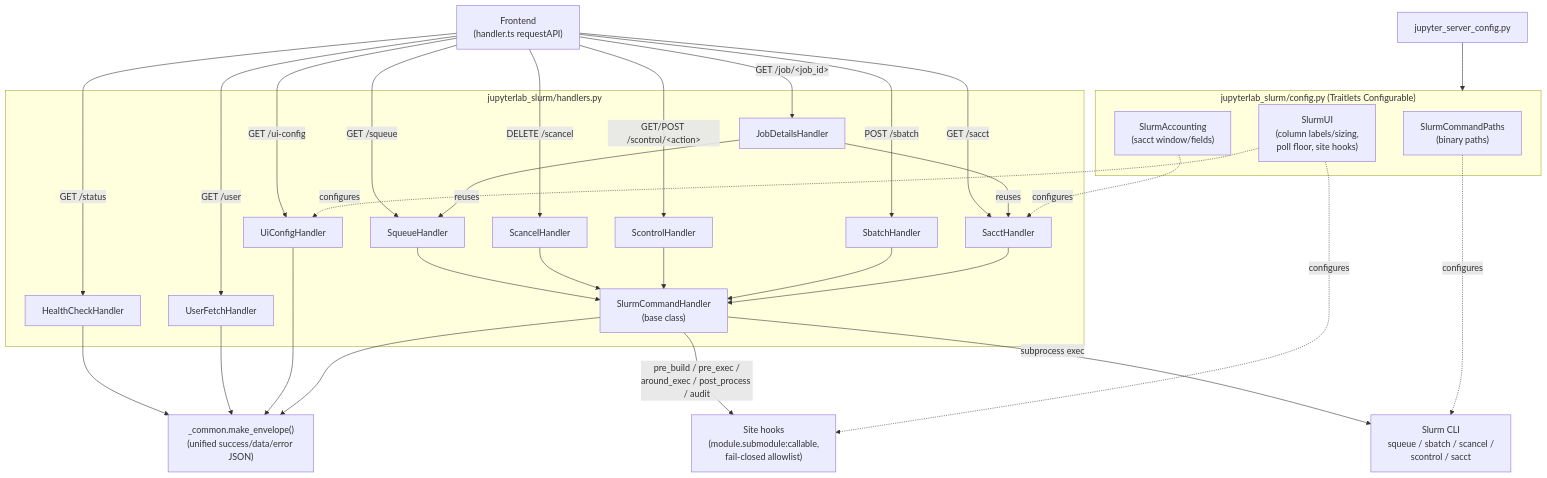
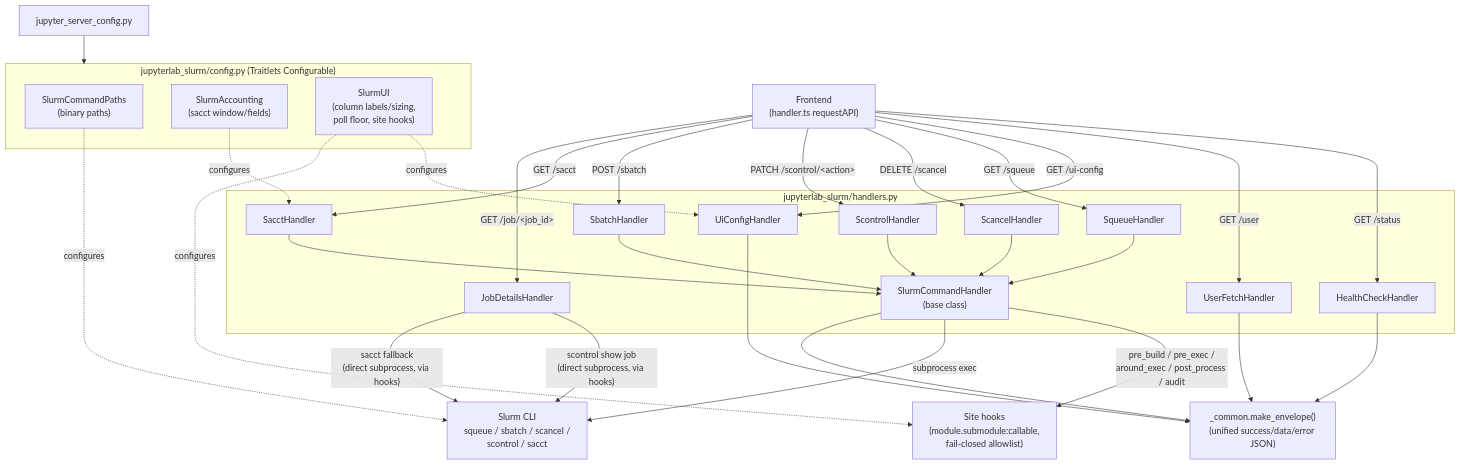
The second of 2 diagrams in docs/contents/architecture.md (NERSC/jupyterlab-slurm), drawn with Mermaid before and after one commit. The commit also changed other lines of this file and 65 other files, not shown here.

````diff
--- a/docs/contents/architecture.md
+++ b/docs/contents/architecture.md
@@ -83,50 +83,50 @@
 ```mermaid
 graph TD
     Client["Frontend\n(handler.ts requestAPI)"]
 
     Client -->|GET /status| HealthCheckHandler
     Client -->|GET /user| UserFetchHandler
     Client -->|GET /ui-config| UiConfigHandler
     Client -->|GET /squeue| SqueueHandler
     Client -->|DELETE /scancel| ScancelHandler
-    Client -->|GET/POST /scontrol/&lt;action&gt;| ScontrolHandler
+    Client -->|PATCH /scontrol/&lt;action&gt;| ScontrolHandler
     Client -->|POST /sbatch| SbatchHandler
     Client -->|GET /sacct| SacctHandler
     Client -->|GET /job/&lt;job_id&gt;| JobDetailsHandler
 
     subgraph Handlers["jupyterlab_slurm/handlers.py"]
         HealthCheckHandler
         UserFetchHandler
         UiConfigHandler
         SlurmCommandHandler["SlurmCommandHandler\n(base class)"]
         SqueueHandler --> SlurmCommandHandler
         ScancelHandler --> SlurmCommandHandler
         ScontrolHandler --> SlurmCommandHandler
         SbatchHandler --> SlurmCommandHandler
         SacctHandler --> SlurmCommandHandler
         JobDetailsHandler
     end
 
     SlurmCommandHandler -->|"pre_build / pre_exec /\naround_exec / post_process / audit"| SiteHooks["Site hooks\n(module.submodule:callable,\nfail-closed allowlist)"]
     SlurmCommandHandler -->|subprocess exec| SlurmCLI["Slurm CLI\nsqueue / sbatch / scancel /\nscontrol / sacct"]
-    JobDetailsHandler -->|reuses| SqueueHandler
-    JobDetailsHandler -->|reuses| SacctHandler
+    JobDetailsHandler -->|"scontrol show job\n(direct subprocess, via hooks)"| SlurmCLI
+    JobDetailsHandler -->|"sacct fallback\n(direct subprocess, via hooks)"| SlurmCLI
 
     HealthCheckHandler --> Envelope["_common.make_envelope()\n(unified success/data/error JSON)"]
     UserFetchHandler --> Envelope
     UiConfigHandler --> Envelope
     SlurmCommandHandler --> Envelope
 
     subgraph Config["jupyterlab_slurm/config.py (Traitlets Configurable)"]
         SlurmCommandPaths["SlurmCommandPaths\n(binary paths)"]
         SlurmAccounting["SlurmAccounting\n(sacct window/fields)"]
         SlurmUI["SlurmUI\n(column labels/sizing,\npoll floor, site hooks)"]
     end
 
     SlurmCommandPaths -.->|configures| SlurmCLI
     SlurmAccounting -.->|configures| SacctHandler
     SlurmUI -.->|configures| UiConfigHandler
     SlurmUI -.->|configures| SiteHooks
 
     ServerConfig["jupyter_server_config.py"] --> Config
 ```
````
